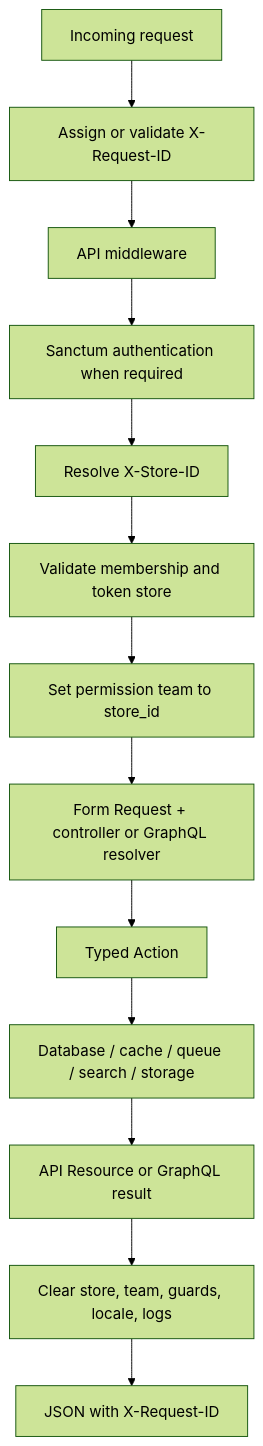
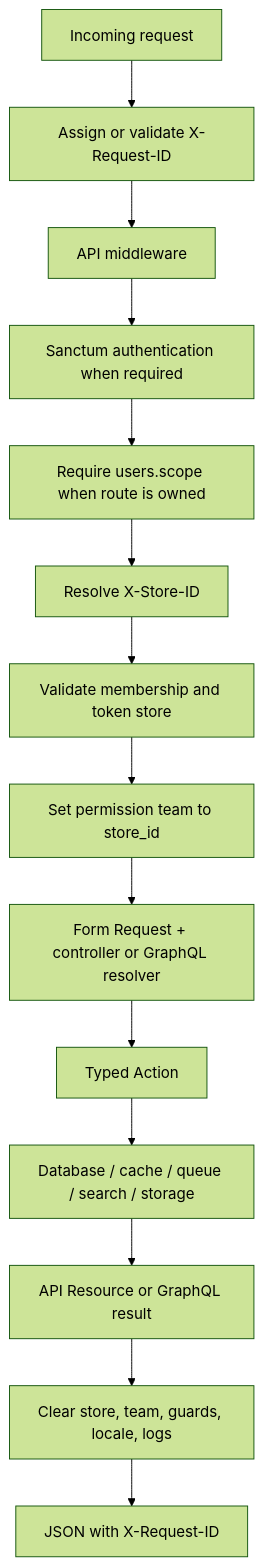
One commit to fzeeso/shopnxebk changed the third of 5 diagrams in docs/developer-guide.md. Above: the diagram before and after it, drawn with Mermaid (forest theme). The commit also changed other lines of this file and 76 other files, not shown here.

````diff
--- a/docs/developer-guide.md
+++ b/docs/developer-guide.md
@@ -106,18 +134,19 @@
 ```mermaid
 flowchart TD
     Request["Incoming request"]
     RequestId["Assign or validate X-Request-ID"]
     Api["API middleware"]
     Auth["Sanctum authentication when required"]
+    Scope["Require users.scope when route is owned"]
     Resolve["Resolve X-Store-ID"]
     Member["Validate membership and token store"]
     Team["Set permission team to store_id"]
     Handler["Form Request + controller or GraphQL resolver"]
     Action["Typed Action"]
     Data["Database / cache / queue / search / storage"]
     Resource["API Resource or GraphQL result"]
     Cleanup["Clear store, team, guards, locale, logs"]
     Response["JSON with X-Request-ID"]
 
-    Request --> RequestId --> Api --> Auth --> Resolve --> Member --> Team --> Handler --> Action --> Data --> Resource --> Cleanup --> Response
+    Request --> RequestId --> Api --> Auth --> Scope --> Resolve --> Member --> Team --> Handler --> Action --> Data --> Resource --> Cleanup --> Response
 ```
````
